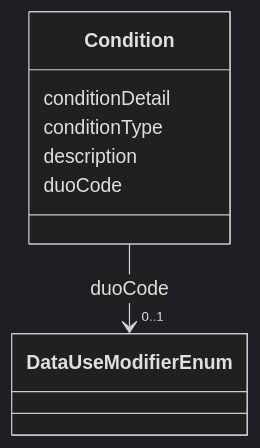
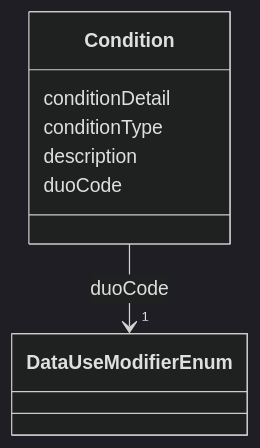
The diagram in docs/reference/classes/Condition.md (mc2-center/governanceDUO), drawn with Mermaid (dark theme) before and after one commit. The commit also changed other lines of this file and 6 other files, not shown here.

````diff
--- a/docs/reference/classes/Condition.md
+++ b/docs/reference/classes/Condition.md
@@ -23,23 +23,23 @@
 ```mermaid
  classDiagram
     class Condition
     click Condition href "../../classes/Condition/"
       Condition : conditionDetail
         
       Condition : conditionType
         
       Condition : description
         
       Condition : duoCode
         
           
     
         
         
-        Condition --> "0..1" DataUseModifierEnum : duoCode
+        Condition --> "1" DataUseModifierEnum : duoCode
         click DataUseModifierEnum href "../../enums/DataUseModifierEnum/"
     
 
         
       
 ```
````
